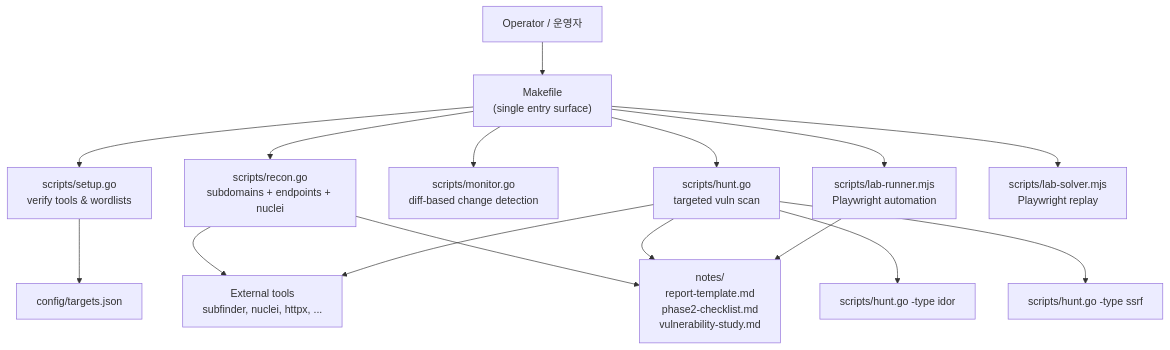
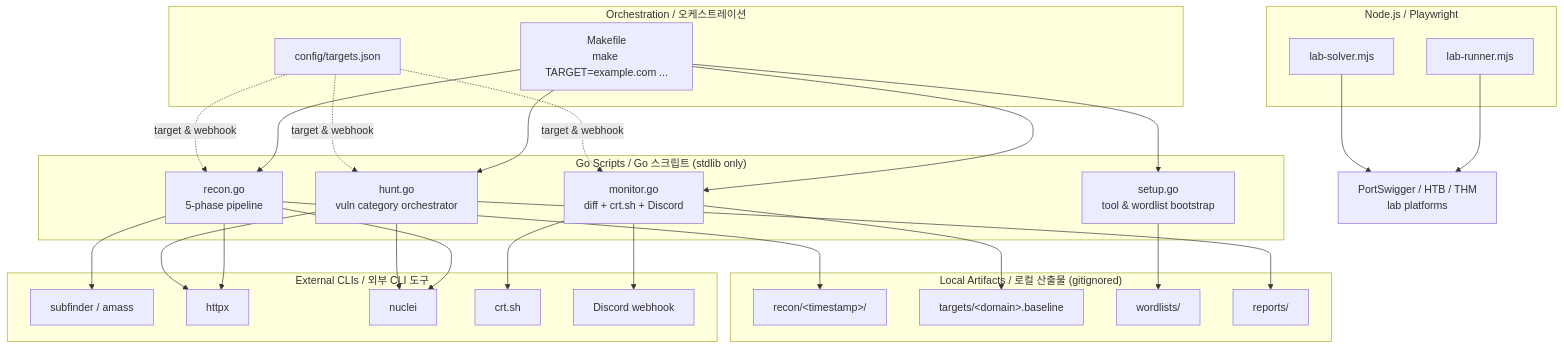
The diagram in README.md (jclee941/bug), drawn with Mermaid before and after one commit. The commit also changed other lines of this file, not shown here.

````diff
--- a/README.md
+++ b/README.md
@@ -67,32 +81,59 @@
 ```mermaid
-flowchart TD
-    User["Operator / 운영자"]
-    Make["Makefile<br/>(single entry surface)"]
-    Setup["scripts/setup.go<br/>verify tools &amp; wordlists"]
-    Recon["scripts/recon.go<br/>subdomains + endpoints + nuclei"]
-    Monitor["scripts/monitor.go<br/>diff-based change detection"]
-    Hunt["scripts/hunt.go<br/>targeted vuln scan"]
-    HuntIDOR["scripts/hunt.go -type idor"]
-    HuntSSRF["scripts/hunt.go -type ssrf"]
-    LabRunner["scripts/lab-runner.mjs<br/>Playwright automation"]
-    LabSolver["scripts/lab-solver.mjs<br/>Playwright replay"]
-    Targets["config/targets.json"]
-    Notes["notes/<br/>report-template.md<br/>phase2-checklist.md<br/>vulnerability-study.md"]
-    ExternalTools["External tools<br/>subfinder, nuclei, httpx, ..."]
+flowchart TB
+    subgraph ORCH["Orchestration / 오케스트레이션"]
+        MK["Makefile<br/>make TARGET=example.com ..."]
+        CFG["config/targets.json"]
+    end
 
-    User --> Make
-    Make --> Setup
-    Make --> Recon
-    Make --> Monitor
-    Make --> Hunt
-    Hunt --> HuntIDOR
-    Hunt --> HuntSSRF
-    Make --> LabRunner
-    Make --> LabSolver
-    Recon --> ExternalTools
-    Hunt --> ExternalTools
-    Setup --> Targets
-    Recon --> Notes
-    Hunt --> Notes
-    LabRunner --> Notes
+    subgraph GO["Go Scripts / Go 스크립트 (stdlib only)"]
+        SET["setup.go<br/>tool &amp; wordlist bootstrap"]
+        REC["recon.go<br/>5-phase pipeline"]
+        MON["monitor.go<br/>diff + crt.sh + Discord"]
+        HNT["hunt.go<br/>vuln category orchestrator"]
+    end
+
+    subgraph NODE["Node.js / Playwright"]
+        LR["lab-runner.mjs"]
+        LS["lab-solver.mjs"]
+    end
+
+    subgraph EXT["External CLIs / 외부 CLI 도구"]
+        SUB["subfinder / amass"]
+        HTTP["httpx"]
+        NUC["nuclei"]
+        CRT["crt.sh"]
+        DSC["Discord webhook"]
+    end
+
+    subgraph DATA["Local Artifacts / 로컬 산출물 (gitignored)"]
+        REC_DIR["recon/&lt;timestamp&gt;/"]
+        TGT_DIR["targets/&lt;domain&gt;.baseline"]
+        WL_DIR["wordlists/"]
+        RPT_DIR["reports/"]
+    end
+
+    MK --> SET
+    MK --> REC
+    MK --> MON
+    MK --> HNT
+
+    CFG -. target &amp; webhook .-> REC
+    CFG -. target &amp; webhook .-> MON
+    CFG -. target &amp; webhook .-> HNT
+
+    REC --> SUB
+    REC --> HTTP
+    REC --> NUC
+    MON --> CRT
+    MON --> DSC
+    HNT --> HTTP
+    HNT --> NUC
+
+    SET --> WL_DIR
+    REC --> REC_DIR
+    MON --> TGT_DIR
+    HNT --> RPT_DIR
+
+    LR --> NODE_PLAT["PortSwigger / HTB / THM<br/>lab platforms"]
+    LS --> NODE_PLAT
 ```
````
